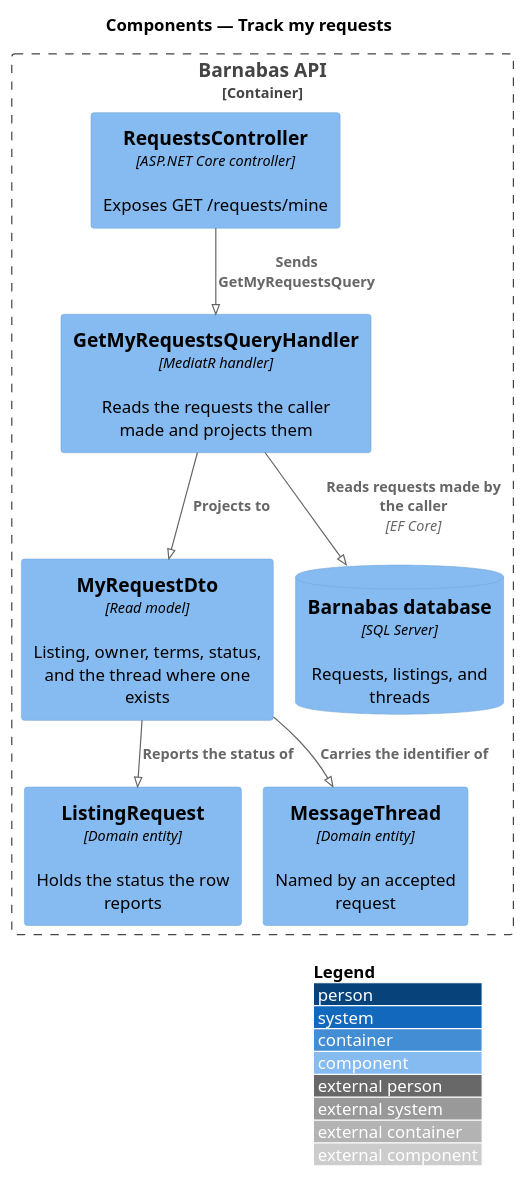
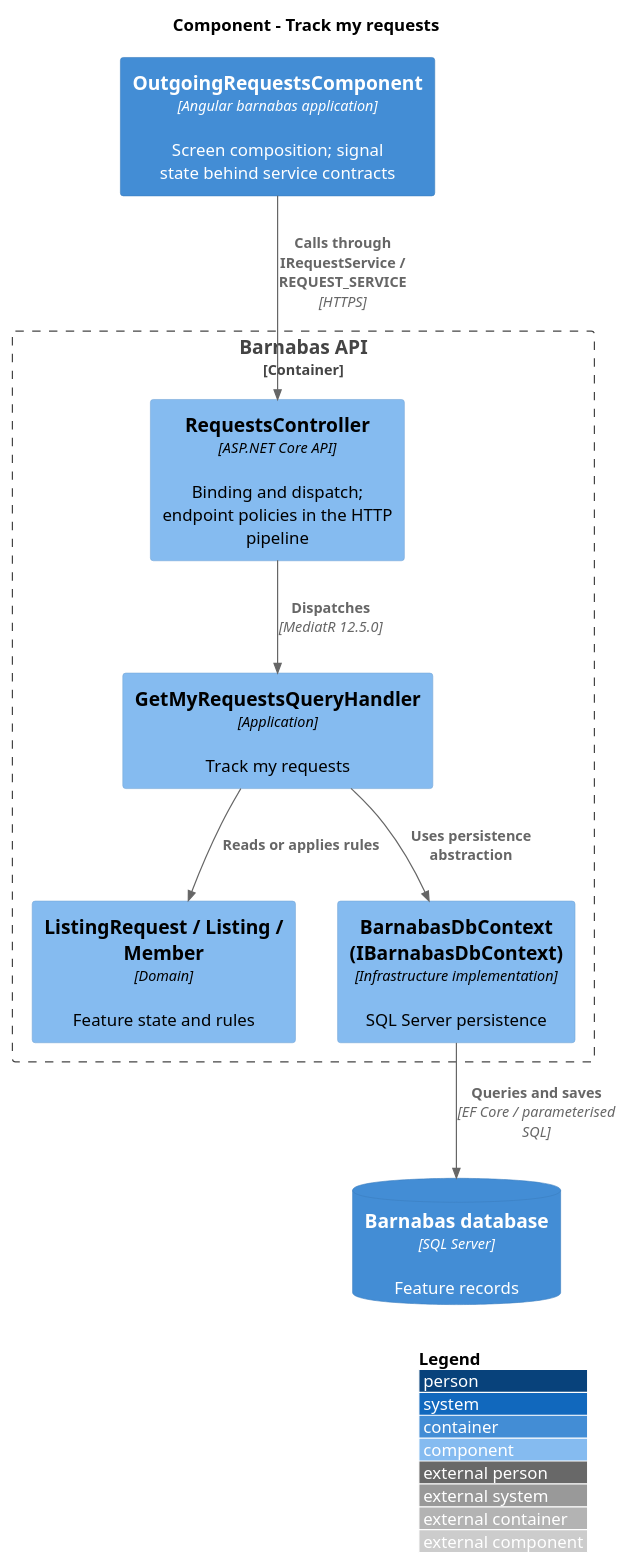
Before and after one commit to QuinntyneBrown/Barnabas: the diagram in docs/detailed-designs/requests/track-my-requests/diagrams/c4-component.puml, drawn with PlantUML. The commit also changed 511 other files, not shown here.

```diff
--- a/docs/detailed-designs/requests/track-my-requests/diagrams/c4-component.puml
+++ b/docs/detailed-designs/requests/track-my-requests/diagrams/c4-component.puml
@@ -1,20 +1,18 @@
 @startuml
-!pragma layout smetana
 !include <C4/C4_Component>
 LAYOUT_WITH_LEGEND()
-title Components — Track my requests
-
+title Component - Track my requests
+Container(web, "OutgoingRequestsComponent", "Angular barnabas application", "Screen composition; signal state behind service contracts")
 Container_Boundary(api, "Barnabas API") {
-  Component(ctrl, "RequestsController", "ASP.NET Core controller", "Exposes GET /requests/mine")
-  Component(handler, "GetMyRequestsQueryHandler", "MediatR handler", "Reads the requests the caller made and projects them")
-  Component(dto, "MyRequestDto", "Read model", "Listing, owner, terms, status, and the thread where one exists")
-  Component(request, "ListingRequest", "Domain entity", "Holds the status the row reports")
-  Component(thread, "MessageThread", "Domain entity", "Named by an accepted request")
-  ComponentDb(db, "Barnabas database", "SQL Server", "Requests, listings, and threads")
+  Component(ctrl, "RequestsController", "ASP.NET Core API", "Binding and dispatch; endpoint policies in the HTTP pipeline")
+  Component(handler, "GetMyRequestsQueryHandler", "Application", "Track my requests")
+  Component(entity, "ListingRequest / Listing / Member", "Domain", "Feature state and rules")
+  Component(store, "BarnabasDbContext (IBarnabasDbContext)", "Infrastructure implementation", "SQL Server persistence")
 }
-Rel(ctrl, handler, "Sends GetMyRequestsQuery")
-Rel(handler, db, "Reads requests made by the caller", "EF Core")
-Rel(handler, dto, "Projects to")
-Rel(dto, request, "Reports the status of")
-Rel(dto, thread, "Carries the identifier of")
+ContainerDb(db, "Barnabas database", "SQL Server", "Feature records")
+Rel(web, ctrl, "Calls through IRequestService / REQUEST_SERVICE", "HTTPS")
+Rel(ctrl, handler, "Dispatches", "MediatR 12.5.0")
+Rel(handler, entity, "Reads or applies rules")
+Rel(handler, store, "Uses persistence abstraction")
+Rel(store, db, "Queries and saves", "EF Core / parameterised SQL")
 @enduml
```
